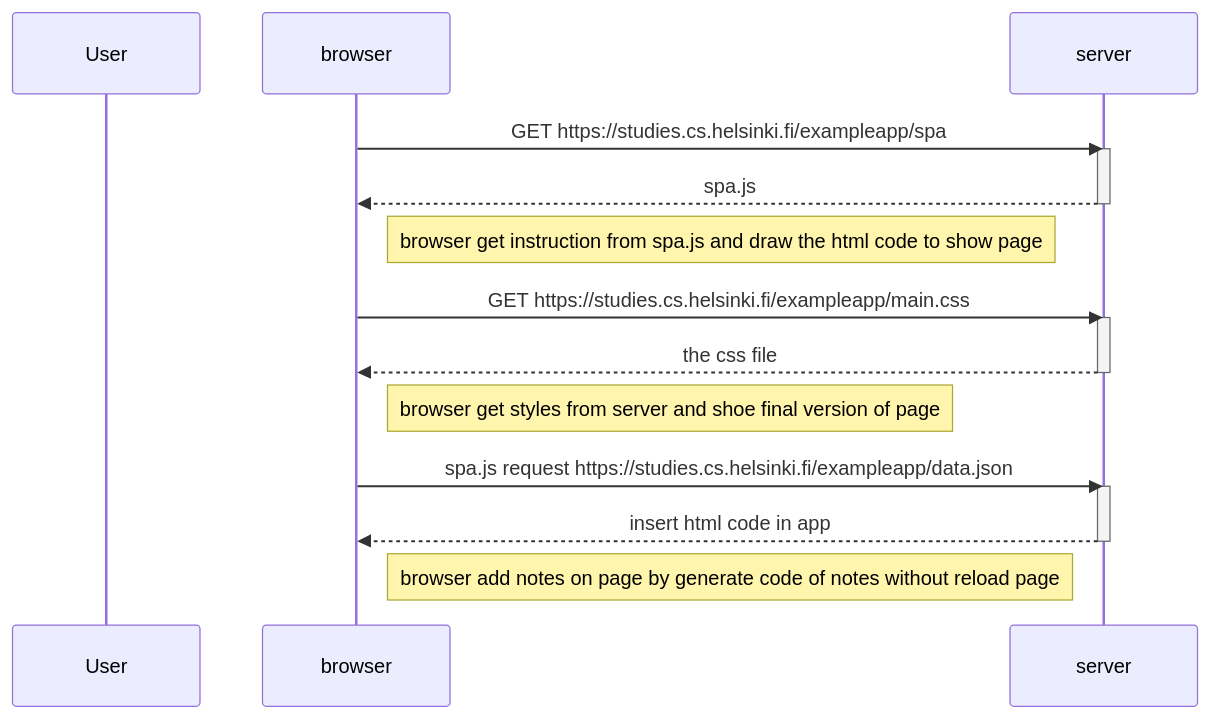
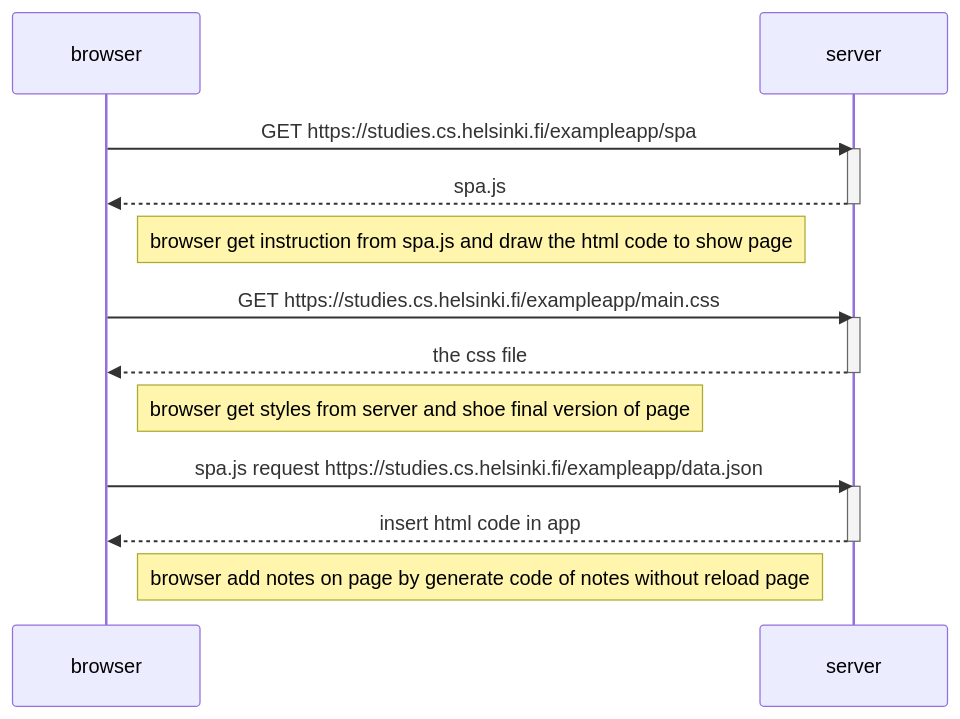
One commit to bruhanovaolga940-cmd/fullstackopen changed the diagram in diagram05.md. Above: the diagram before and after it, drawn with Mermaid.

Commit message:
fix diagram 5

````diff
--- a/diagram05.md
+++ b/diagram05.md
@@ -1,27 +1,26 @@
 ```mermaid
 sequenceDiagram
-    participant User
     participant browser
     participant server
 
     browser->>server: GET https://studies.cs.helsinki.fi/exampleapp/spa
     activate server
     server-->>browser: spa.js
     deactivate server
     Note right of browser: browser get instruction from spa.js and draw the html code to show page
 
     browser->>server: GET https://studies.cs.helsinki.fi/exampleapp/main.css
     activate server
     server-->>browser: the css file
     deactivate server
 
     Note right of browser: browser get styles from server and shoe final version of page
 
     browser->>server:spa.js request https://studies.cs.helsinki.fi/exampleapp/data.json
     activate server
     server-->>browser: insert html code in app
     deactivate server
 
     Note right of browser: browser add notes on page by generate code of notes without reload page
 
 ```
````
